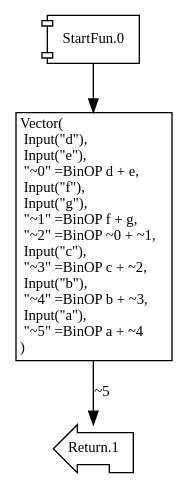
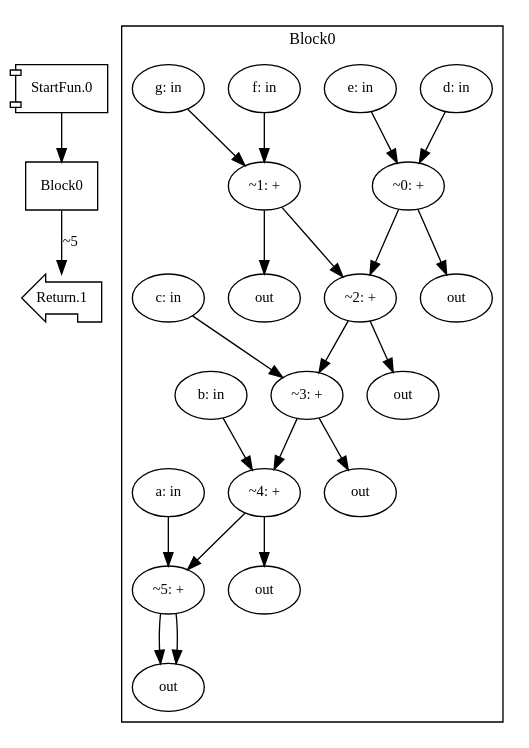
Before and after one commit to akouryy/SyntheScala: the diagram in dist/add7.dot, drawn with Graphviz. The commit also changed 5 other files, not shown here.

Commit message:
Fix Specializer to generate Output properly, and GraphDrawer to draw DFG

```diff
--- a/dist/add7.dot
+++ b/dist/add7.dot
@@ -1,13 +1,13 @@
 digraph Program_ {
 graph [fontname = "Monaco", fontsize = 12, ranksep = 0.5];
 node [shape = box, fontname = "Monaco", fontsize = 11; colorscheme = pastel19];
 edge [fontname = "Monaco", fontsize = 11; colorscheme = pastel19];
 Jump0[label = "StartFun.0"; shape = component];
 Jump0 -> Block0;
 Jump1[label = "Return.1"; shape = lpromoter];
 Block0 -> Jump1 [label="~5"];
-Block0 [shape = plain; label = <
-<table border="0" cellborder="1" cellspacing="0">
-  <tr><td align="left" balign="left" valign="top">Vector(<br />  Input(&quot;d&quot;),<br />  Input(&quot;e&quot;),<br />  &quot;~0&quot; =BinOP d + e,<br />  Input(&quot;f&quot;),<br />  Input(&quot;g&quot;),<br />  &quot;~1&quot; =BinOP f + g,<br />  &quot;~2&quot; =BinOP ~0 + ~1,<br />  Input(&quot;c&quot;),<br />  &quot;~3&quot; =BinOP c + ~2,<br />  Input(&quot;b&quot;),<br />  &quot;~4&quot; =BinOP b + ~3,<br />  Input(&quot;a&quot;),<br />  &quot;~5&quot; =BinOP a + ~4<br />)</td></tr>
-</table>
->];}
+Block0 [label = "Block0"];
+subgraph cluster_dfg_Block0{
+node [shape = oval];
+label = "Block0";
+ndBlock0_0 [label="d: in"];ndBlock0_1 [label="e: in"];ndBlock0_2 [label="~0: +"];ndBlock0_3 [label="out"];ndBlock0_4 [label="f: in"];ndBlock0_5 [label="g: in"];ndBlock0_6 [label="~1: +"];ndBlock0_7 [label="out"];ndBlock0_8 [label="~2: +"];ndBlock0_9 [label="out"];ndBlock0_10 [label="c: in"];ndBlock0_11 [label="~3: +"];ndBlock0_12 [label="out"];ndBlock0_13 [label="b: in"];ndBlock0_14 [label="~4: +"];ndBlock0_15 [label="out"];ndBlock0_16 [label="a: in"];ndBlock0_17 [label="~5: +"];ndBlock0_18 [label="out"];ndBlock0_18 [label="out"];ndBlock0_0 -> ndBlock0_2; ndBlock0_1 -> ndBlock0_2; ndBlock0_2 -> ndBlock0_3; ndBlock0_2 -> ndBlock0_8; ndBlock0_4 -> ndBlock0_6; ndBlock0_5 -> ndBlock0_6; ndBlock0_6 -> ndBlock0_7; ndBlock0_6 -> ndBlock0_8; ndBlock0_8 -> ndBlock0_9; ndBlock0_8 -> ndBlock0_11; ndBlock0_10 -> ndBlock0_11; ndBlock0_11 -> ndBlock0_12; ndBlock0_11 -> ndBlock0_14; ndBlock0_13 -> ndBlock0_14; ndBlock0_14 -> ndBlock0_15; ndBlock0_14 -> ndBlock0_17; ndBlock0_16 -> ndBlock0_17; ndBlock0_17 -> ndBlock0_18; ndBlock0_17 -> ndBlock0_18; }}
```
